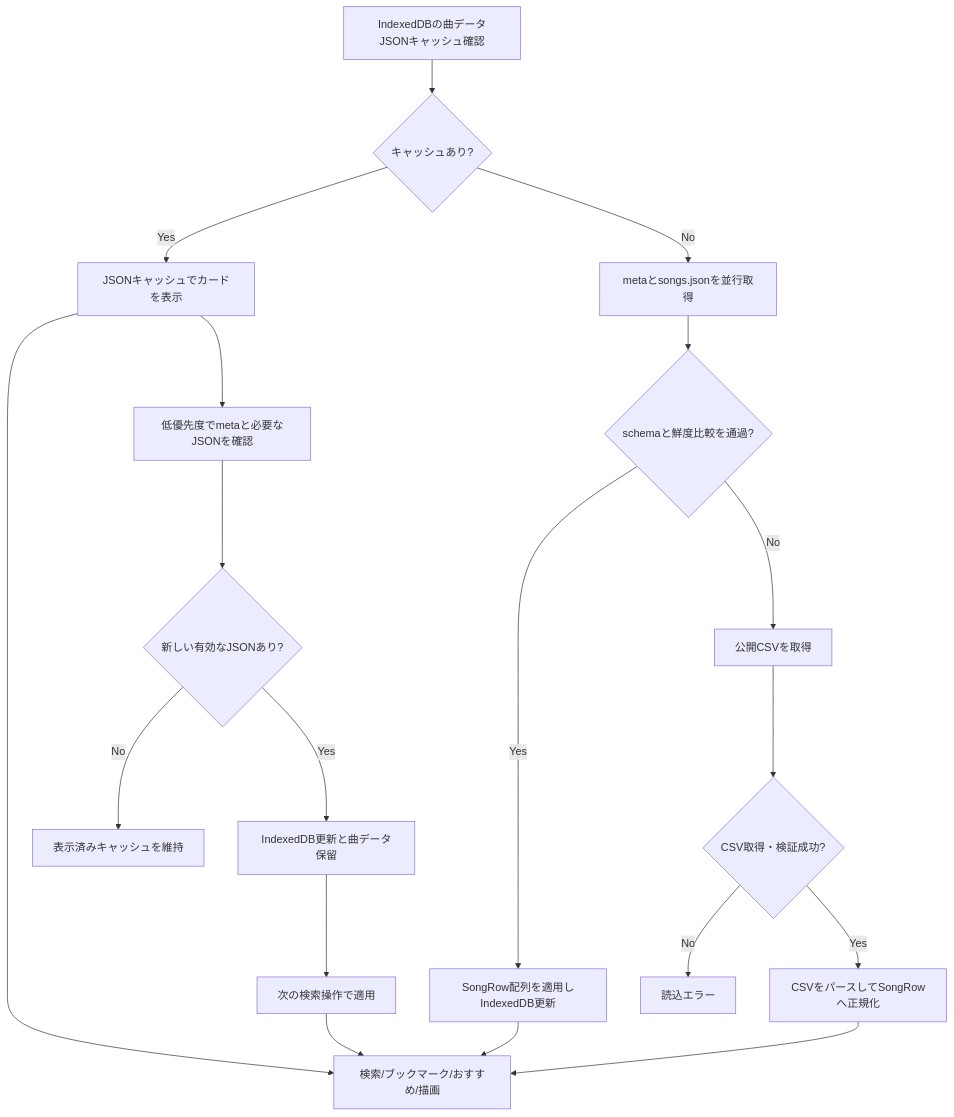
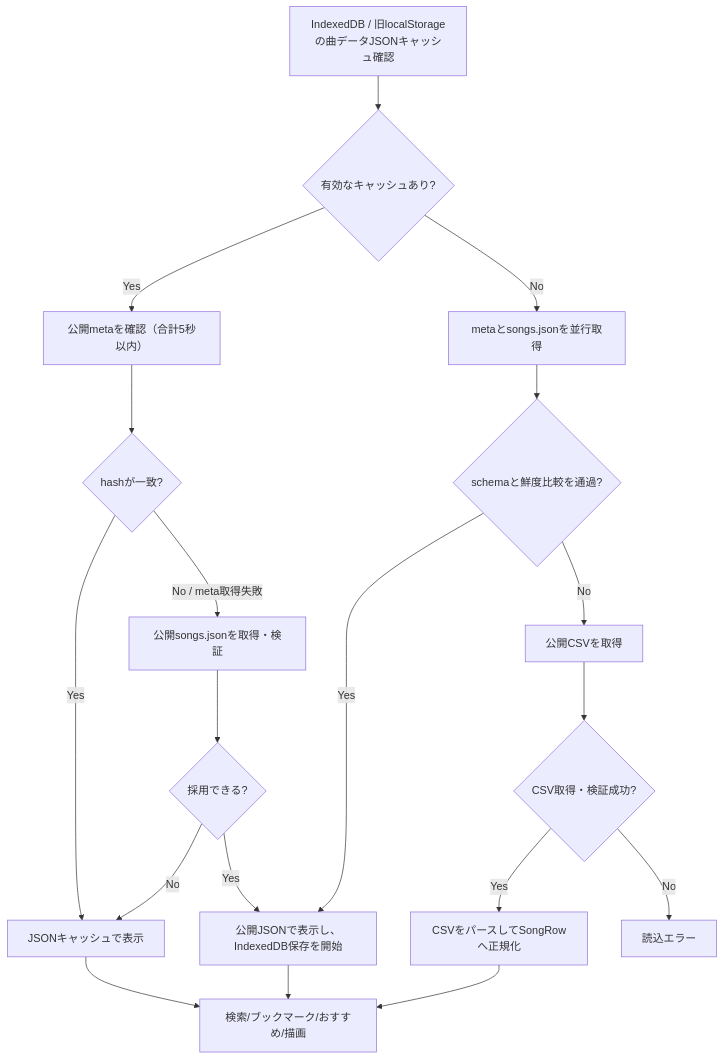
The first of 3 diagrams in DESIGN.md (an-oa/devel-knksongs), drawn with Mermaid before and after one commit. The commit also changed other lines of this file, not shown here.

````diff
--- a/DESIGN.md
+++ b/DESIGN.md
@@ -122,21 +122,21 @@
 ```mermaid
 flowchart TD
-    A[IndexedDBの曲データJSONキャッシュ確認] --> B{キャッシュあり?}
-    B -- Yes --> E[JSONキャッシュでカードを表示]
-    E --> C[低優先度でmetaと必要なJSONを確認]
-    C --> D{新しい有効なJSONあり?}
-    D -- Yes --> H[IndexedDB更新と曲データ保留]
-    D -- No --> O[表示済みキャッシュを維持]
-    H --> P[次の検索操作で適用]
-    B -- No --> F[metaとsongs.jsonを並行取得]
-    F --> G{schemaと鮮度比較を通過?}
-    G -- Yes --> Q[SongRow配列を適用しIndexedDB更新]
-    G -- No --> I[公開CSVを取得]
-    I --> J{CSV取得・検証成功?}
-    J -- Yes --> K[CSVをパースしてSongRowへ正規化]
-    J -- No --> M[読込エラー]
+    A[IndexedDB / 旧localStorageの曲データJSONキャッシュ確認] --> B{有効なキャッシュあり?}
+    B -- Yes --> C[公開metaを確認（合計5秒以内）]
+    C --> D{hashが一致?}
+    D -- Yes --> E[JSONキャッシュで表示]
+    D -- No / meta取得失敗 --> F[公開songs.jsonを取得・検証]
+    F --> G{採用できる?}
+    G -- Yes --> H[公開JSONで表示し、IndexedDB保存を開始]
+    G -- No --> E
+    B -- No --> I[metaとsongs.jsonを並行取得]
+    I --> J{schemaと鮮度比較を通過?}
+    J -- Yes --> H
+    J -- No --> K[公開CSVを取得]
+    K --> L{CSV取得・検証成功?}
+    L -- Yes --> M[CSVをパースしてSongRowへ正規化]
+    L -- No --> X[読込エラー]
     E --> N[検索/ブックマーク/おすすめ/描画]
-    P --> N
-    Q --> N
-    K --> N
+    H --> N
+    M --> N
 ```
````
